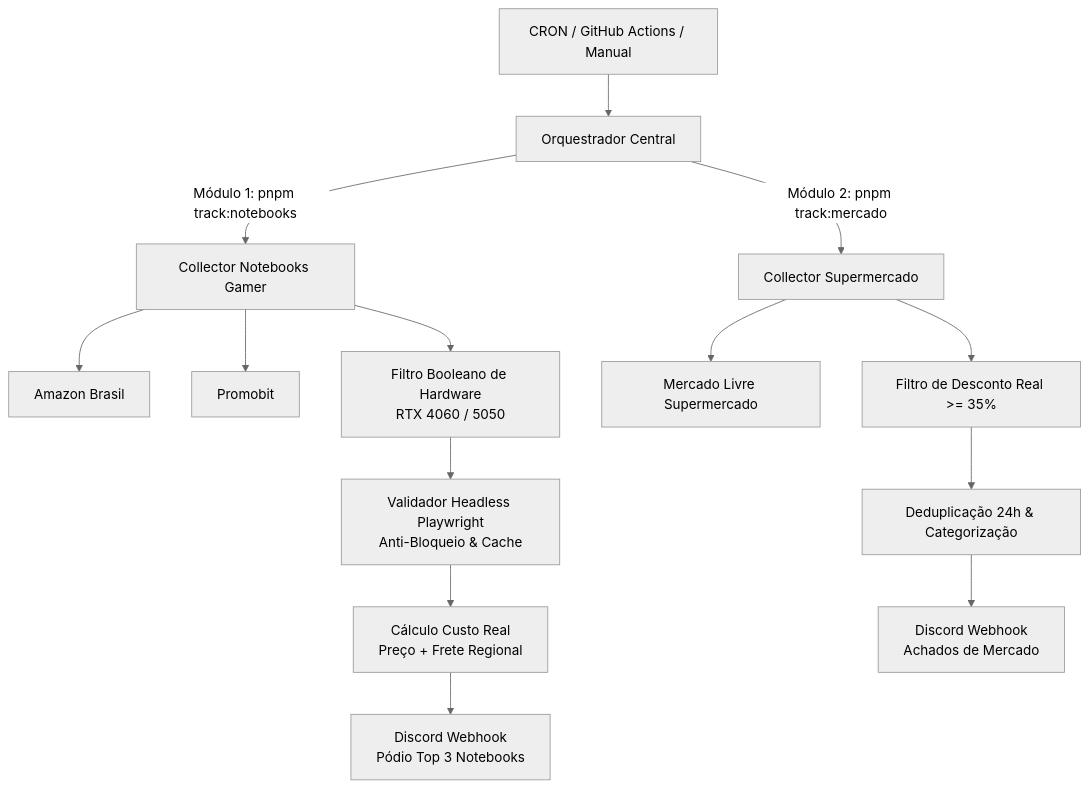
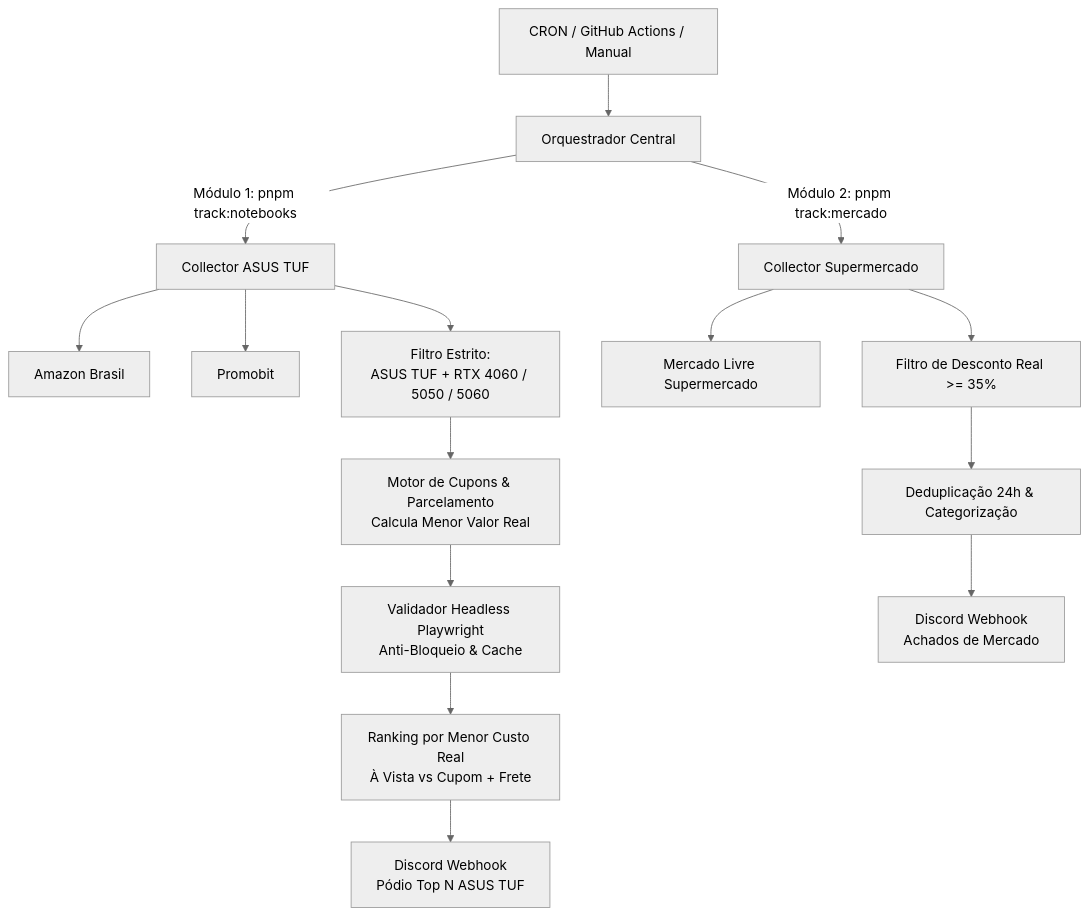
Before and after one commit to AdleyRodrigues/price-tracker: the diagram in README.md, drawn with Mermaid (neutral theme). The commit also changed other lines of this file and 18 other files, not shown here.

````diff
--- a/README.md
+++ b/README.md
@@ -39,22 +39,23 @@
 ```mermaid
 graph TD
     A[CRON / GitHub Actions / Manual] --> B[Orquestrador Central]
-    B -->|Módulo 1: pnpm track:notebooks| C[Collector Notebooks Gamer]
+    B -->|Módulo 1: pnpm track:notebooks| C[Collector ASUS TUF]
     B -->|Módulo 2: pnpm track:mercado| D[Collector Supermercado]
     
     C --> E[Amazon Brasil]
     C --> F[Promobit]
     
     D --> G[Mercado Livre Supermercado]
     
-    C --> H[Filtro Booleano de Hardware<br/>RTX 4060 / 5050]
+    C --> H[Filtro Estrito:<br/>ASUS TUF + RTX 4060 / 5050 / 5060]
     D --> I[Filtro de Desconto Real >= 35%]
     
-    H --> J[Validador Headless Playwright<br/>Anti-Bloqueio & Cache]
+    H --> J[Motor de Cupons & Parcelamento<br/>Calcula Menor Valor Real]
+    J --> K[Validador Headless Playwright<br/>Anti-Bloqueio & Cache]
     
-    J --> K[Cálculo Custo Real<br/>Preço + Frete Regional]
-    I --> L[Deduplicação 24h & Categorização]
+    K --> L[Ranking por Menor Custo Real<br/>À Vista vs Cupom + Frete]
+    I --> M[Deduplicação 24h & Categorização]
     
-    K --> M[Discord Webhook<br/>Pódio Top 3 Notebooks]
-    L --> N[Discord Webhook<br/>Achados de Mercado]
+    L --> N[Discord Webhook<br/>Pódio Top N ASUS TUF]
+    M --> O[Discord Webhook<br/>Achados de Mercado]
 ```
````
